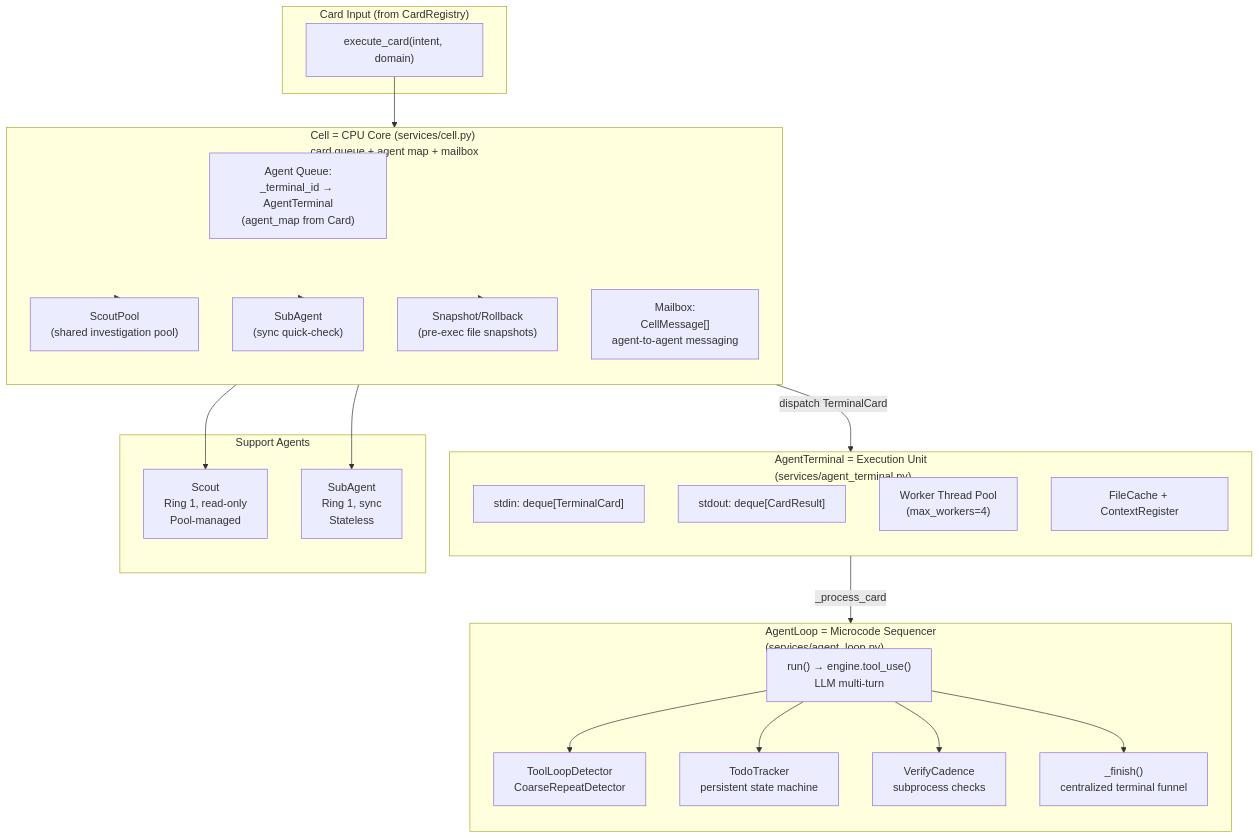
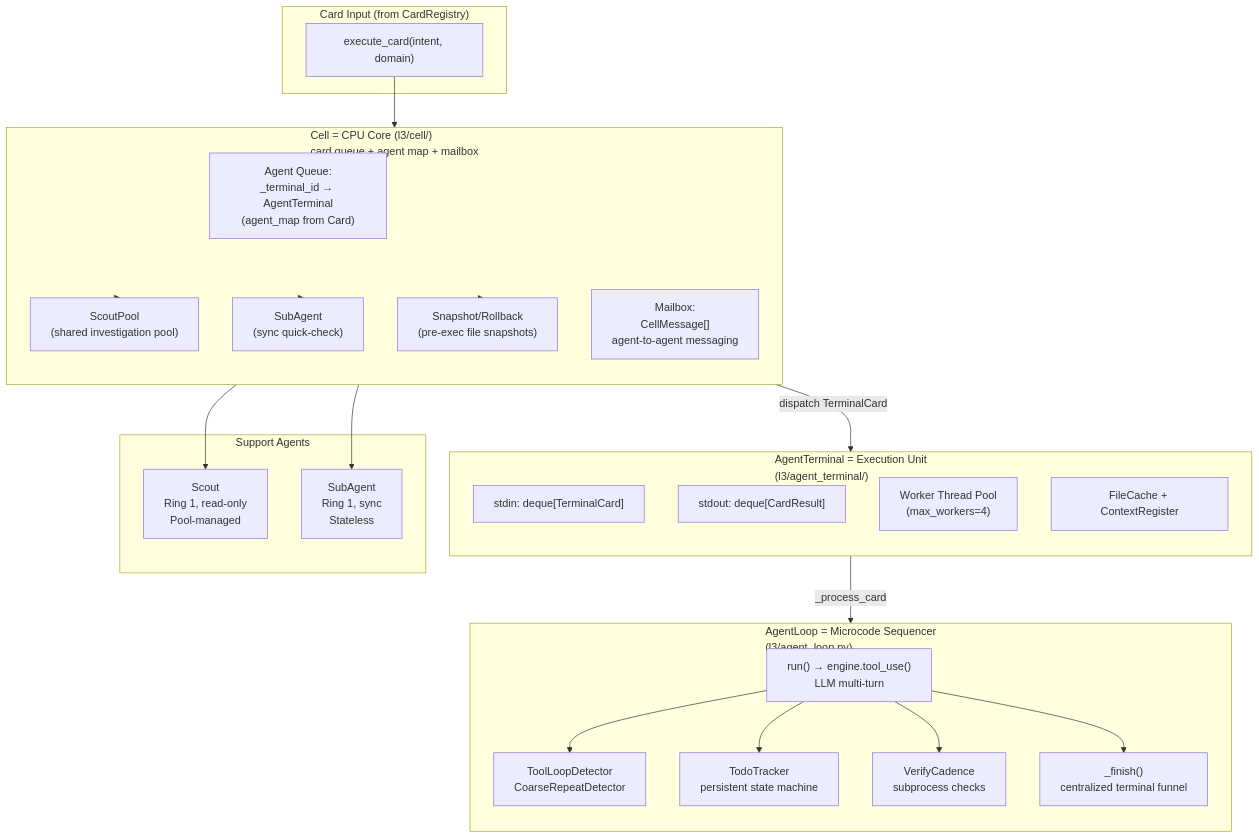
Diagram 11 of 27 in docs/design/praxis-architecture-actual.md (guilingzhouyi-creator/Praxis-Agent-OS), drawn with Mermaid before and after one commit. The commit also changed other lines of this file and 3 other files, not shown here.

First line of the commit message:
docs: update architecture doc to reflect 5-layer structure and add .gitignore patterns

````diff
--- a/docs/design/praxis-architecture-actual.md
+++ b/docs/design/praxis-architecture-actual.md
@@ -528,50 +539,50 @@
 ```mermaid
 flowchart TB
     subgraph Input["Card Input (from CardRegistry)"]
         CARD_IN["execute_card(intent, domain)"]
     end
 
-    subgraph Cell["Cell = CPU Core (services/cell.py)\ncard queue + agent map + mailbox"]
+    subgraph Cell["Cell = CPU Core (l3/cell/)\ncard queue + agent map + mailbox"]
         direction TB
         AQ["Agent Queue:\n_terminal_id → AgentTerminal\n(agent_map from Card)"]
         MB["Mailbox:\nCellMessage[]\nagent-to-agent messaging"]
         SP["ScoutPool\n(shared investigation pool)"]
         SUB["SubAgent\n(sync quick-check)"]
         SNAP["Snapshot/Rollback\n(pre-exec file snapshots)"]
     end
 
-    subgraph AgentTerminal["AgentTerminal = Execution Unit\n(services/agent_terminal.py)"]
+    subgraph AgentTerminal["AgentTerminal = Execution Unit\n(l3/agent_terminal/)"]
         direction TB
         STDIN["stdin: deque[TerminalCard]"]
         STDOUT["stdout: deque[CardResult]"]
         WORKER["Worker Thread Pool\n(max_workers=4)"]
         CACHE["FileCache + ContextRegister"]
     end
 
-    subgraph AgentLoop["AgentLoop = Microcode Sequencer\n(services/agent_loop.py)"]
+    subgraph AgentLoop["AgentLoop = Microcode Sequencer\n(l3/agent_loop.py)"]
         direction TB
         MAIN["run() → engine.tool_use()\nLLM multi-turn"]
         DETECT["ToolLoopDetector\nCoarseRepeatDetector"]
         TODO["TodoTracker\npersistent state machine"]
         CADENCE["VerifyCadence\nsubprocess checks"]
         FINISH["_finish()\ncentralized terminal funnel"]
     end
 
     subgraph Support["Support Agents"]
         SCT["Scout\nRing 1, read-only\nPool-managed"]
         SUB2["SubAgent\nRing 1, sync\nStateless"]
     end
 
     CARD_IN --> Cell
     Cell -->|"dispatch TerminalCard"| STDIN
     WORKER -->|"_process_card"| MAIN
     MAIN --> DETECT
     MAIN --> TODO
     MAIN --> CADENCE
     MAIN --> FINISH
     Cell --> SP
     Cell --> SUB
     Cell --> SNAP
     SP --> SCT
     SUB --> SUB2
 ```
````
